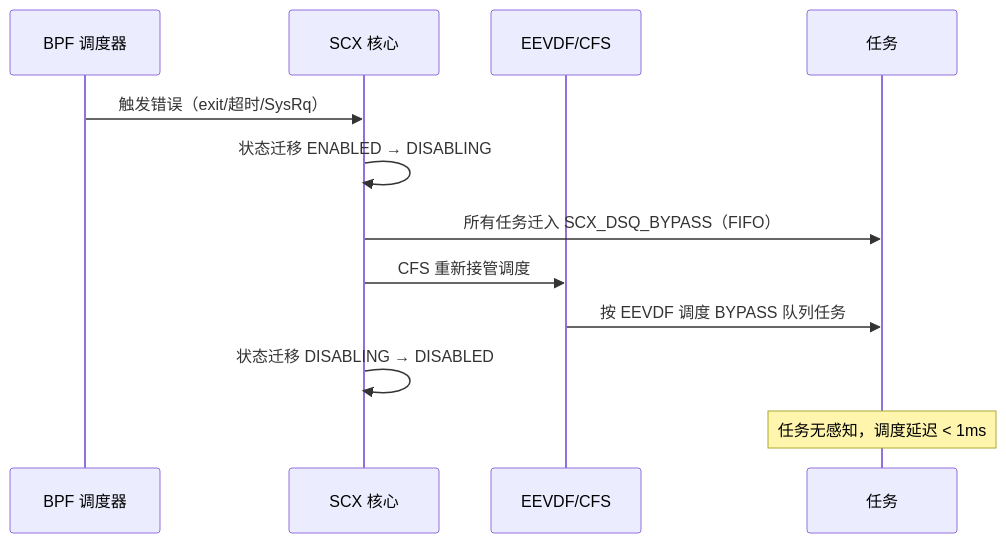
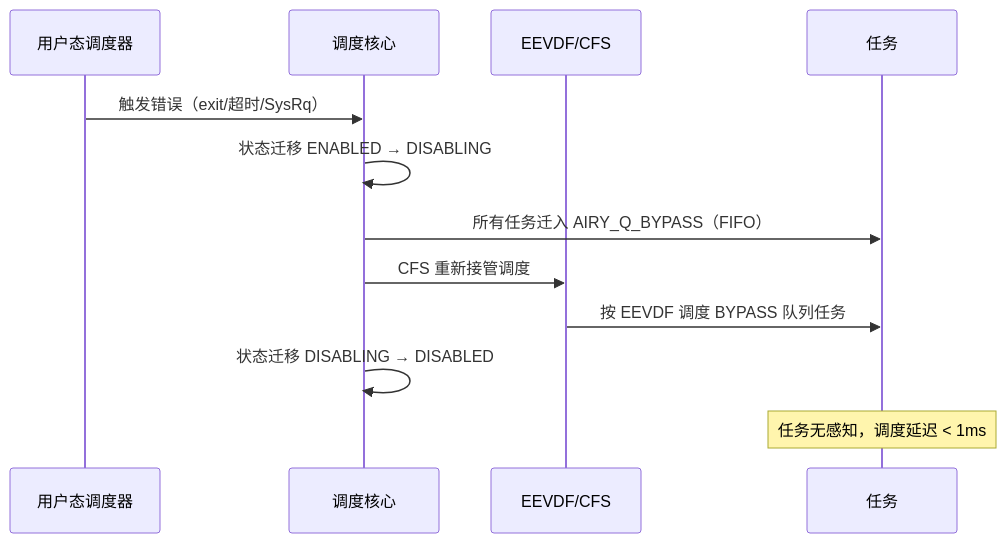
The fifth of 6 diagrams in AirymaxOS/40-dataflows/04-scheduling-flow.md (openairymax/docs), drawn with Mermaid before and after one commit. The commit also changed other lines of this file and 115 other files, not shown here.

````diff
--- a/AirymaxOS/40-dataflows/04-scheduling-flow.md
+++ b/AirymaxOS/40-dataflows/04-scheduling-flow.md
@@ -500,15 +524,15 @@
 ```mermaid
 sequenceDiagram
-    participant BPF as BPF 调度器
-    participant SCX as SCX 核心
+    participant US as 用户态调度器
+    participant SC as 调度核心
     participant CFS as EEVDF/CFS
     participant T as 任务
     
-    BPF->>SCX: 触发错误（exit/超时/SysRq）
-    SCX->>SCX: 状态迁移 ENABLED → DISABLING
-    SCX->>T: 所有任务迁入 SCX_DSQ_BYPASS（FIFO）
-    SCX->>CFS: CFS 重新接管调度
+    US->>SC: 触发错误（exit/超时/SysRq）
+    SC->>SC: 状态迁移 ENABLED → DISABLING
+    SC->>T: 所有任务迁入 AIRY_Q_BYPASS（FIFO）
+    SC->>CFS: CFS 重新接管调度
     CFS->>T: 按 EEVDF 调度 BYPASS 队列任务
-    SCX->>SCX: 状态迁移 DISABLING → DISABLED
+    SC->>SC: 状态迁移 DISABLING → DISABLED
     Note over T: 任务无感知，调度延迟 < 1ms
 ```
````
